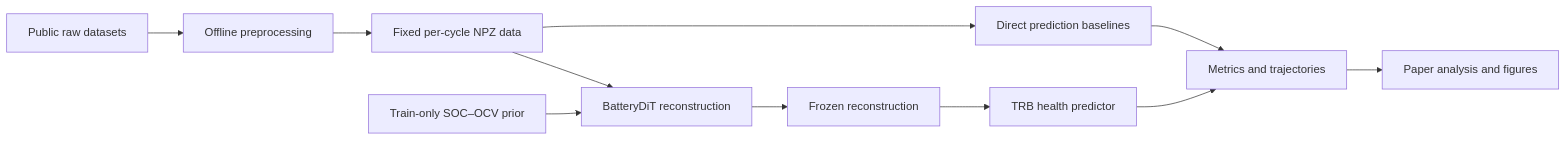
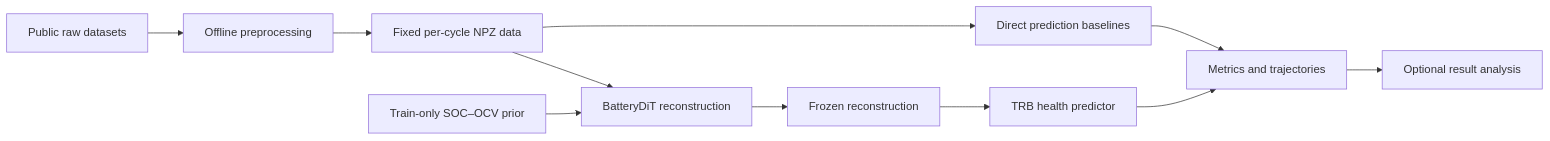
Before and after one commit to JohnResse1/BatteryDiT: the diagram in README.md, drawn with Mermaid. The commit also changed other lines of this file and 4 other files, not shown here.

````diff
--- a/README.md
+++ b/README.md
@@ -27,13 +28,13 @@
 ```mermaid
 flowchart LR
     A[Public raw datasets] --> B[Offline preprocessing]
     B --> C[Fixed per-cycle NPZ data]
     C --> D[BatteryDiT reconstruction]
     O[Train-only SOC–OCV prior] --> D
     D --> E[Frozen reconstruction]
     E --> F[TRB health predictor]
     C --> G[Direct prediction baselines]
     F --> H[Metrics and trajectories]
     G --> H
-    H --> I[Paper analysis and figures]
+    H --> I[Optional result analysis]
 ```
````
